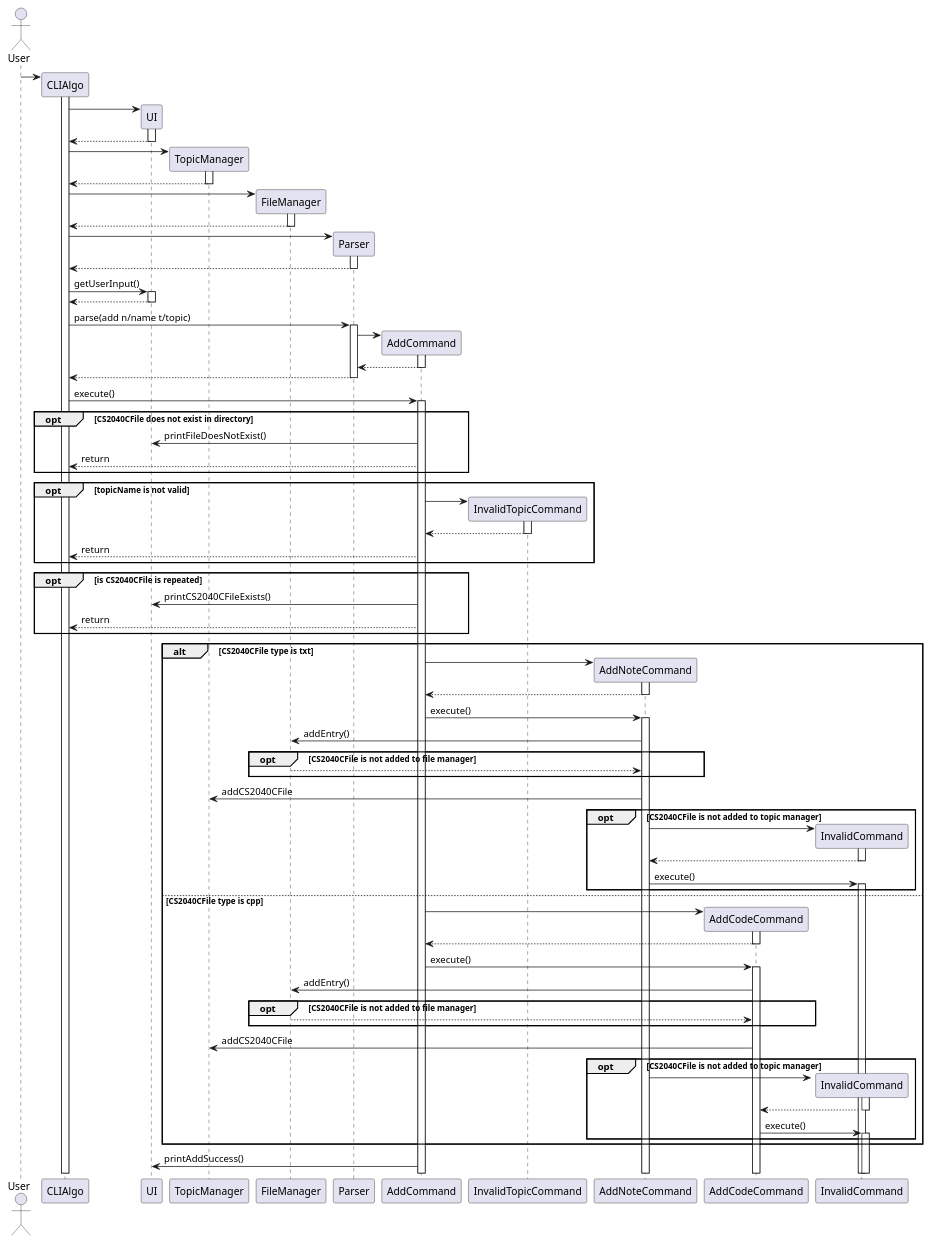
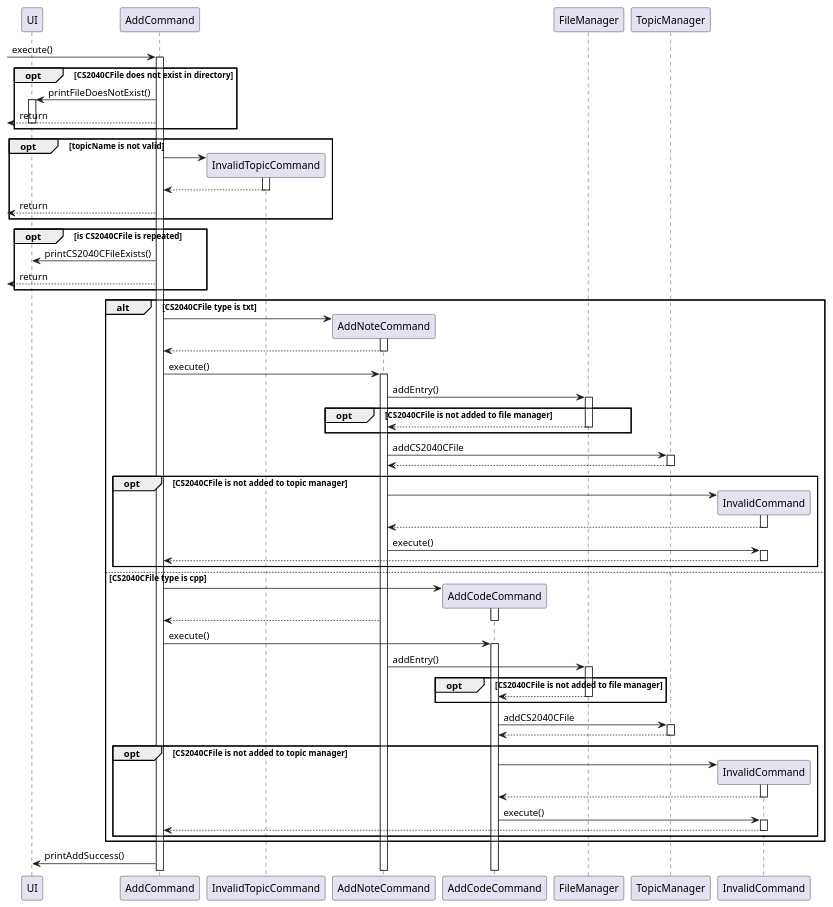
The diagram in docs/sequence/source-files/AddFeature.puml (ong-ck/tp), drawn with PlantUML before and after one commit. The commit also changed 3 other files, not shown here.

```diff
--- a/docs/sequence/source-files/AddFeature.puml
+++ b/docs/sequence/source-files/AddFeature.puml
@@ -1,117 +1,152 @@
 @startuml
 
-actor User as u
-participant CLIAlgo as cli
+'actor User as u
+'participant CLIAlgo as cli
+'participant UI as ui
+'participant TopicManager as tm
+'participant FileManager as fm
+''participant Parser as p
+'participant AddCommand as a
+'participant InvalidTopicCommand as it
+'participant AddNoteCommand as an
+'participant AddCodeCommand as ac
+'participant InvalidCommand as ic
+
+'u -> cli **
+'activate cli
+'
+'cli -> ui **
+'activate ui
+'ui --> cli
+'deactivate ui
+'
+'cli -> tm **
+'activate tm
+'tm --> cli
+'deactivate tm
+'
+'cli -> fm **
+'activate fm
+'fm --> cli
+'deactivate fm
+'
+'
+'cli -> p **
+'activate p
+'p --> cli
+'deactivate p
+'
+'cli -> ui : getUserInput()
+'activate ui
+'ui --> cli
+'deactivate ui
+'
+'
+'cli -> p : parse(add n/name t/topic)
+'activate p
+'p -> a **
+'activate a
+'a --> p
+'deactivate a
+'p --> cli
+'deactivate p
+
+'participant CLIAlgo as cli
 participant UI as ui
-participant TopicManager as tm
-participant FileManager as fm
-participant Parser as p
+'participant TopicManager as tm
+'participant FileManager as fm
+'participant Parser as p
 participant AddCommand as a
 participant InvalidTopicCommand as it
 participant AddNoteCommand as an
 participant AddCodeCommand as ac
-participant InvalidCommand as ic
+'participant InvalidCommand as ic
 
-u -> cli **
-activate cli
-
-cli -> ui **
-activate ui
-ui --> cli
-deactivate ui
-
-cli -> tm **
-activate tm
-tm --> cli
-deactivate tm
-
-cli -> fm **
-activate fm
-fm --> cli
-deactivate fm
-
-
-cli -> p **
-activate p
-p --> cli
-deactivate p
-
-cli -> ui : getUserInput()
-activate ui
-ui --> cli
-deactivate ui
-
-
-cli -> p : parse(add n/name t/topic)
-activate p
-p -> a **
-activate a
-a --> p
-deactivate a
-p --> cli
-deactivate p
-
-cli -> a : execute()
+-> a : execute()
 activate a
     opt CS2040CFile does not exist in directory
         a -> ui : printFileDoesNotExist()
-        a --> cli : return
+        activate ui
+        <-- a : return
+        deactivate ui
     end
     opt topicName is not valid
         a -> it **
         activate it
         it --> a
         deactivate it
-        a --> cli : return
+        <-- a : return
     end
     opt is CS2040CFile is repeated
         a -> ui : printCS2040CFileExists()
-        a --> cli : return
+        <-- a : return
     end
     alt CS2040CFile type is txt
         a -> an **
         activate an
         an --> a
         deactivate an
         a -> an : execute()
+        participant FileManager as fm
         activate an
         an -> fm : addEntry()
+        activate fm
+'        activate an
+'        an -> fm : addEntry()
         opt CS2040CFile is not added to file manager
             fm --> an
+            deactivate fm
         end
+        participant TopicManager as tm
         an -> tm : addCS2040CFile
+        activate tm
+        tm --> an
+        deactivate tm
         opt CS2040CFile is not added to topic manager
+        participant InvalidCommand as ic
             an -> ic **
             activate ic
             ic --> an
             deactivate ic
+
             an -> ic : execute()
             activate ic
+            ic --> a
+            deactivate ic
         end
     else CS2040CFile type is cpp
         a -> ac **
         activate ac
-        ac --> a
+        an --> a
         deactivate ac
         a -> ac : execute()
         activate ac
-        ac -> fm : addEntry()
+        an -> fm : addEntry()
+        activate fm
         opt CS2040CFile is not added to file manager
             fm --> ac
+            deactivate fm
         end
+'        participant TopicManager as tm
         ac -> tm : addCS2040CFile
+        activate tm
+        tm --> ac
+        deactivate tm
         opt CS2040CFile is not added to topic manager
-            an -> ic **
+            ac -> ic **
             activate ic
             ic --> ac
             deactivate ic
+
             ac -> ic : execute()
             activate ic
+            ic --> a
+            deactivate ic
         end
     end
 
 a -> ui : printAddSuccess()
 
 
 
 @enduml
```
